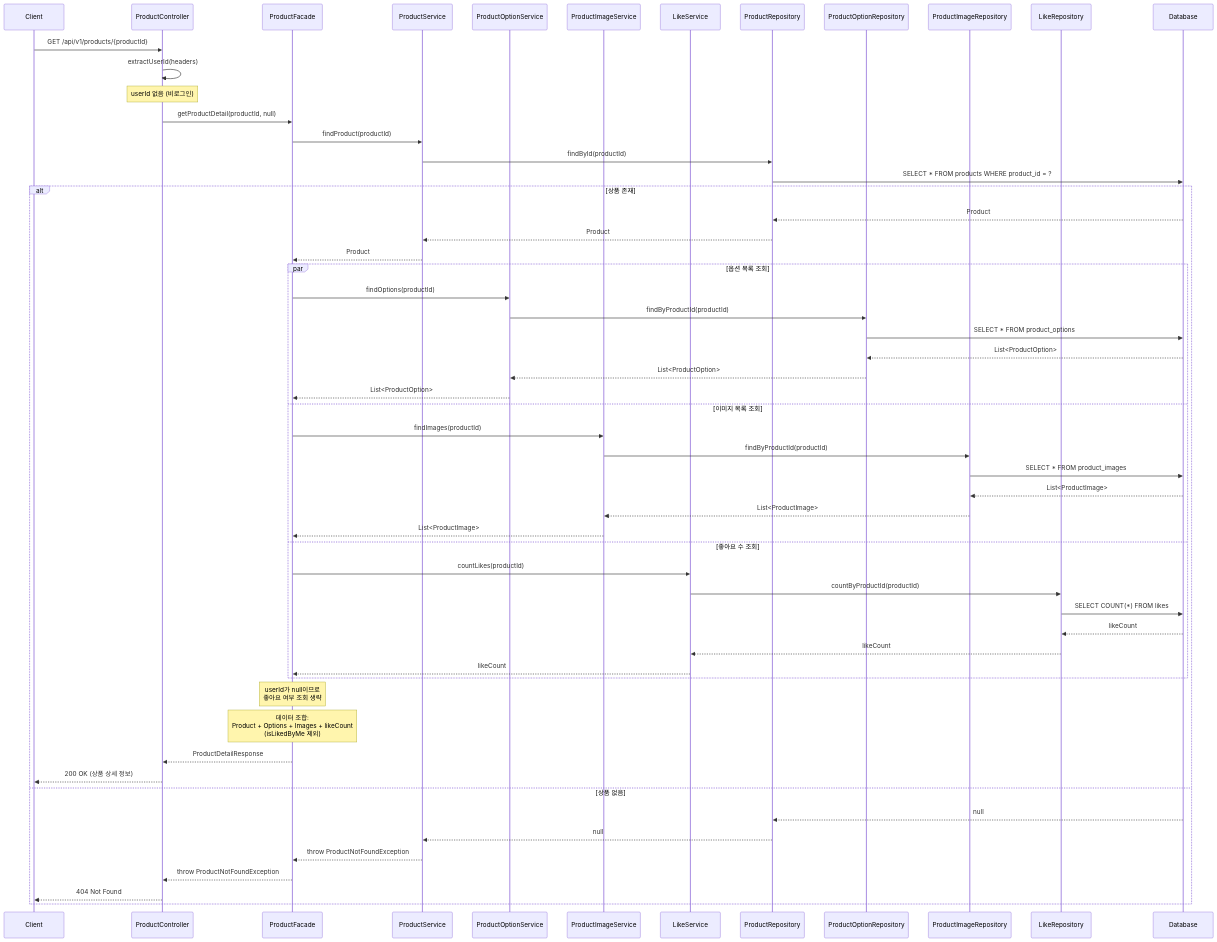
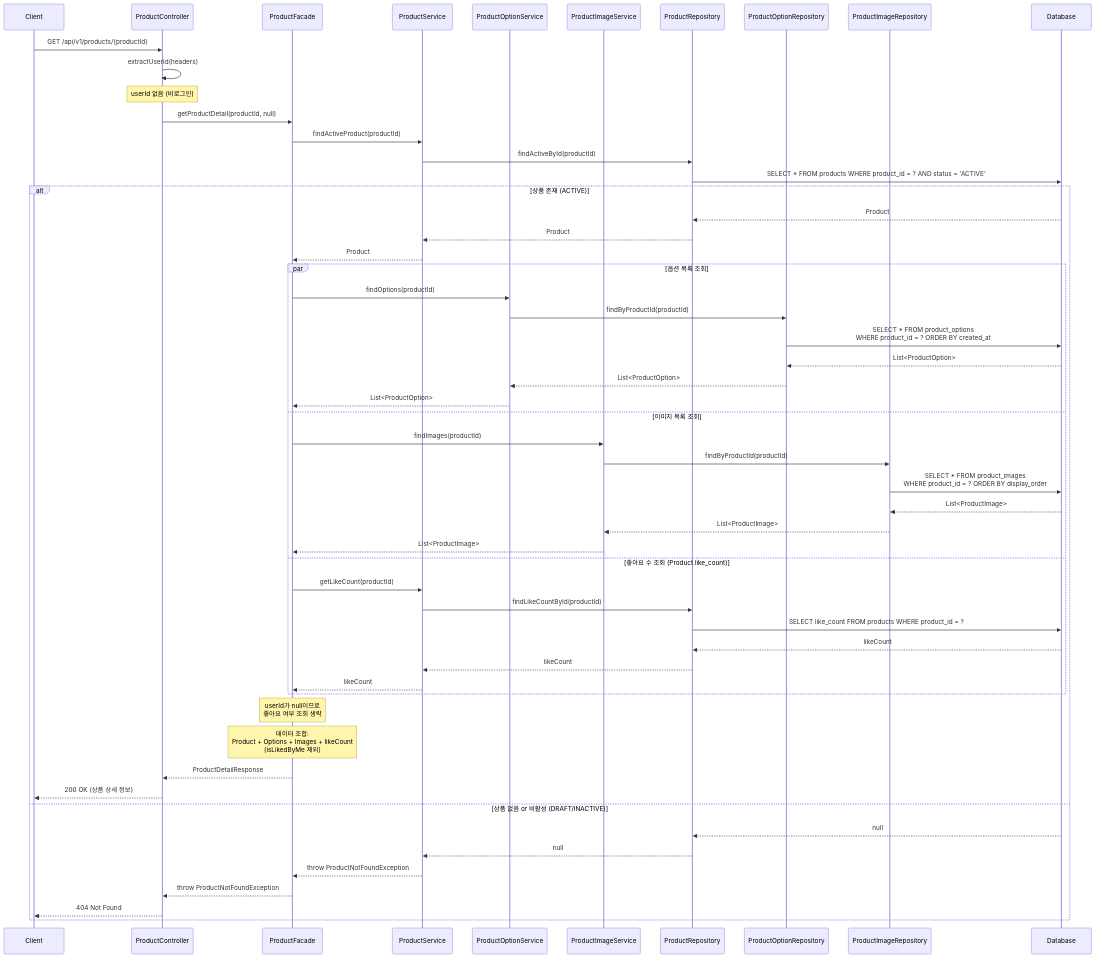
The fifth of 5 diagrams in docs/design/브랜드_상품/02-sequence-diagrams.md (katiekim17/loop-pack-be-l2-vol3-java), drawn with Mermaid before and after one commit. The commit also changed other lines of this file and 17 other files, not shown here.

````diff
--- a/docs/design/브랜드_상품/02-sequence-diagrams.md
+++ b/docs/design/브랜드_상품/02-sequence-diagrams.md
@@ -329,69 +379,67 @@
 ```mermaid
 sequenceDiagram
     participant Client
     participant ProductController
     participant ProductFacade
     participant ProductService
     participant ProductOptionService
     participant ProductImageService
-    participant LikeService
     participant ProductRepository
     participant ProductOptionRepository
     participant ProductImageRepository
-    participant LikeRepository
     participant Database
 
     Client->>ProductController: GET /api/v1/products/{productId}
     
     ProductController->>ProductController: extractUserId(headers)
     Note over ProductController: userId 없음 (비로그인)
     
     ProductController->>ProductFacade: getProductDetail(productId, null)
     
-    ProductFacade->>ProductService: findProduct(productId)
-    ProductService->>ProductRepository: findById(productId)
-    ProductRepository->>Database: SELECT * FROM products WHERE product_id = ?
+    ProductFacade->>ProductService: findActiveProduct(productId)
+    ProductService->>ProductRepository: findActiveById(productId)
+    ProductRepository->>Database: SELECT * FROM products WHERE product_id = ? AND status = 'ACTIVE'
     
-    alt 상품 존재
+    alt 상품 존재 (ACTIVE)
         Database-->>ProductRepository: Product
         ProductRepository-->>ProductService: Product
         ProductService-->>ProductFacade: Product
         
         par 옵션 목록 조회
             ProductFacade->>ProductOptionService: findOptions(productId)
             ProductOptionService->>ProductOptionRepository: findByProductId(productId)
-            ProductOptionRepository->>Database: SELECT * FROM product_options
+            ProductOptionRepository->>Database: SELECT * FROM product_options<br/>WHERE product_id = ? ORDER BY created_at
             Database-->>ProductOptionRepository: List<ProductOption>
             ProductOptionRepository-->>ProductOptionService: List<ProductOption>
             ProductOptionService-->>ProductFacade: List<ProductOption>
         and 이미지 목록 조회
             ProductFacade->>ProductImageService: findImages(productId)
             ProductImageService->>ProductImageRepository: findByProductId(productId)
-            ProductImageRepository->>Database: SELECT * FROM product_images
+            ProductImageRepository->>Database: SELECT * FROM product_images<br/>WHERE product_id = ? ORDER BY display_order
             Database-->>ProductImageRepository: List<ProductImage>
             ProductImageRepository-->>ProductImageService: List<ProductImage>
             ProductImageService-->>ProductFacade: List<ProductImage>
-        and 좋아요 수 조회
-            ProductFacade->>LikeService: countLikes(productId)
-            LikeService->>LikeRepository: countByProductId(productId)
-            LikeRepository->>Database: SELECT COUNT(*) FROM likes
-            Database-->>LikeRepository: likeCount
-            LikeRepository-->>LikeService: likeCount
-            LikeService-->>ProductFacade: likeCount
+        and 좋아요 수 조회 (Product.like_count)
+            ProductFacade->>ProductService: getLikeCount(productId)
+            ProductService->>ProductRepository: findLikeCountById(productId)
+            ProductRepository->>Database: SELECT like_count FROM products WHERE product_id = ?
+            Database-->>ProductRepository: likeCount
+            ProductRepository-->>ProductService: likeCount
+            ProductService-->>ProductFacade: likeCount
         end
         
         Note over ProductFacade: userId가 null이므로<br/>좋아요 여부 조회 생략
         
         Note over ProductFacade: 데이터 조합:<br/>Product + Options + Images + likeCount<br/>(isLikedByMe 제외)
         
         ProductFacade-->>ProductController: ProductDetailResponse
         ProductController-->>Client: 200 OK (상품 상세 정보)
         
-    else 상품 없음
+    else 상품 없음 or 비활성 (DRAFT/INACTIVE)
         Database-->>ProductRepository: null
         ProductRepository-->>ProductService: null
         ProductService-->>ProductFacade: throw ProductNotFoundException
         ProductFacade-->>ProductController: throw ProductNotFoundException
         ProductController-->>Client: 404 Not Found
     end
 ```
````
